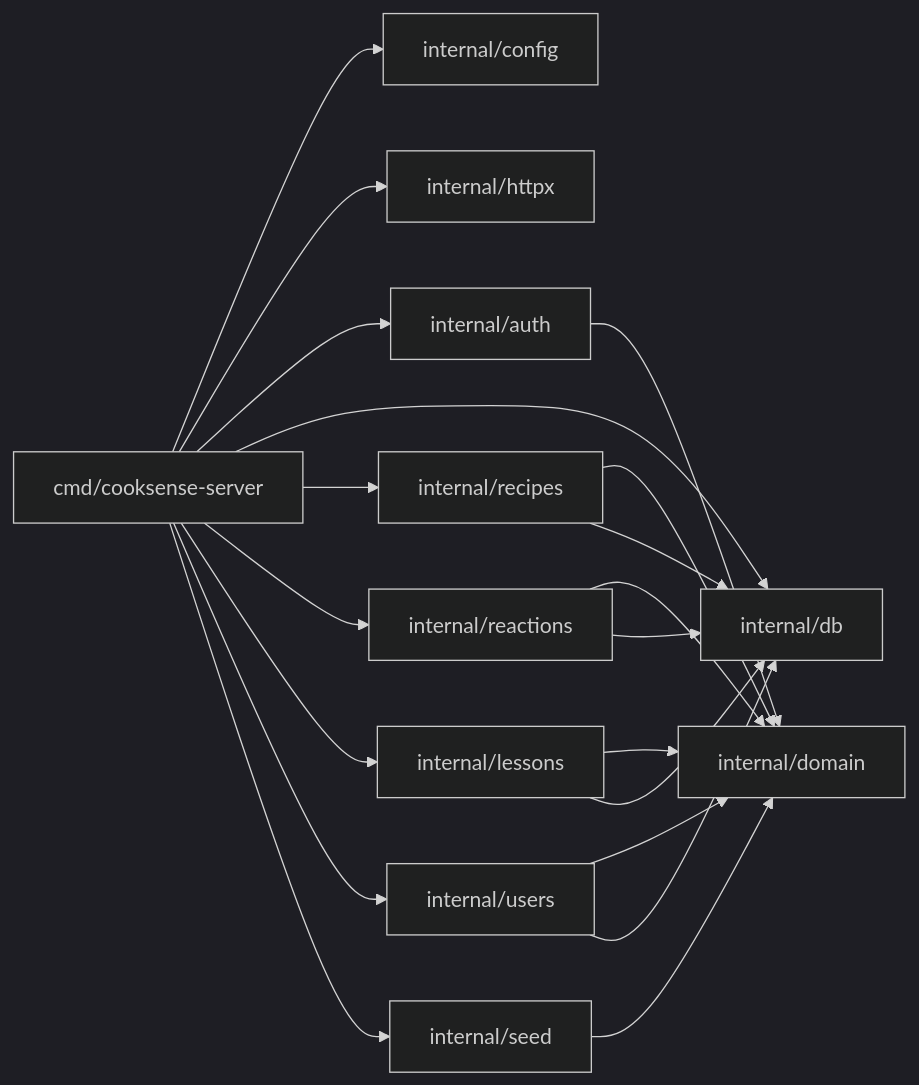
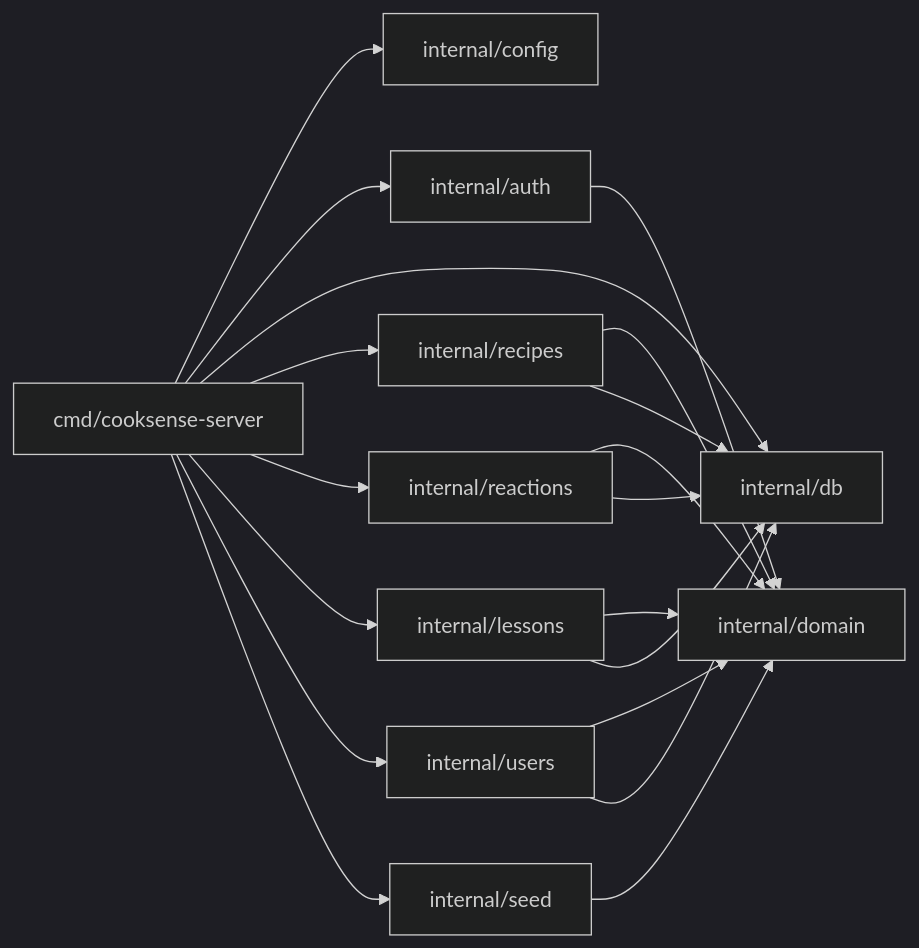
Before and after one commit to mlefebvre1/cooksense-backend: the diagram in specifications/SPEC-BOOT.md, drawn with Mermaid (dark theme). The commit also changed other lines of this file and 28 other files, not shown here.

````diff
--- a/specifications/SPEC-BOOT.md
+++ b/specifications/SPEC-BOOT.md
@@ -173,36 +175,34 @@
 ```mermaid
 graph LR
     cmd["cmd/cooksense-server"]
     config["internal/config"]
-    httpx["internal/httpx"]
     auth["internal/auth"]
     db["internal/db"]
     domain["internal/domain"]
     recipes["internal/recipes"]
     reactions["internal/reactions"]
     lessons["internal/lessons"]
     users["internal/users"]
     seed["internal/seed"]
 
     cmd --> config
-    cmd --> httpx
     cmd --> auth
     cmd --> db
     cmd --> recipes
     cmd --> reactions
     cmd --> lessons
     cmd --> users
     cmd --> seed
 
     recipes --> domain
     reactions --> domain
     lessons --> domain
     users --> domain
     auth --> domain
     seed --> domain
 
     recipes --> db
     reactions --> db
     lessons --> db
     users --> db
 ```
````
